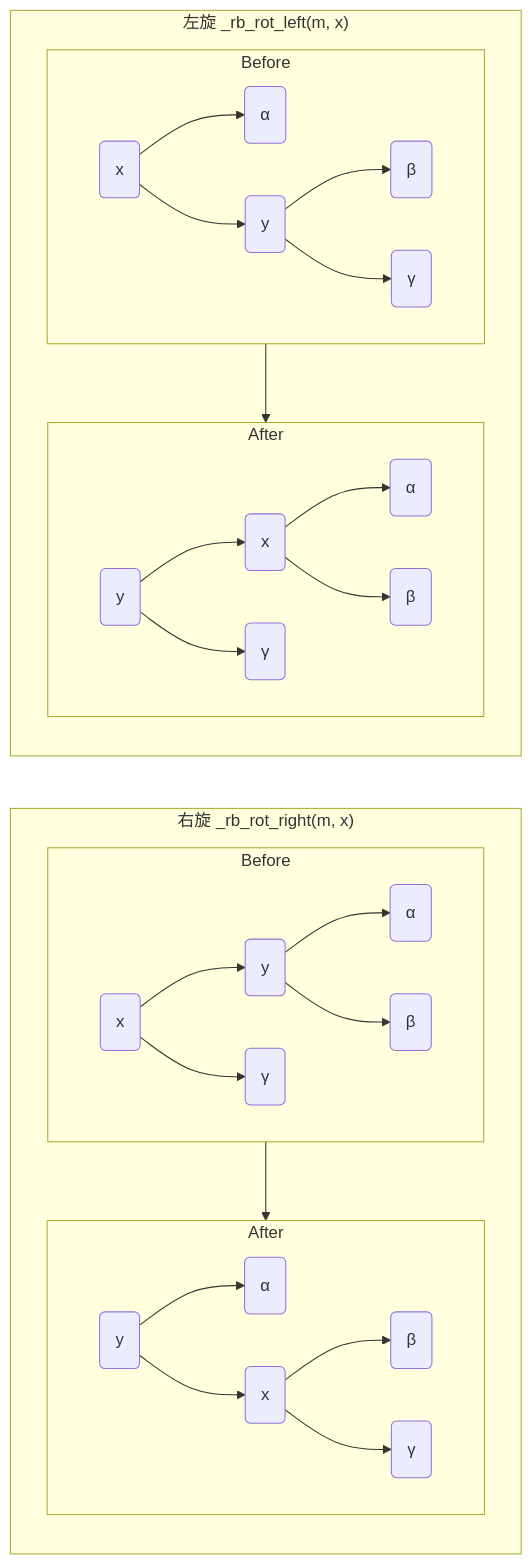
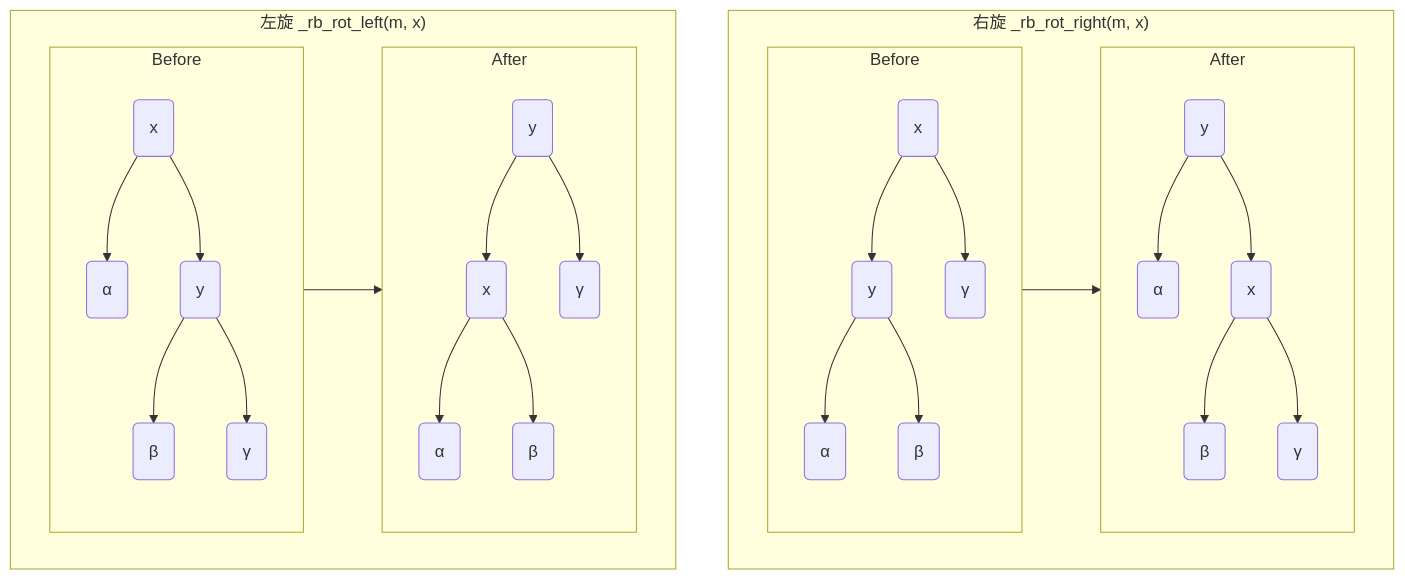
Before and after one commit to CandyMi/ccalg: the second of 14 diagrams in docs/algorithms.md, drawn with Mermaid. The commit also changed other lines of this file, not shown here.

Commit message:
docs: switch rotation mermaid from flowchart LR to graph TD

````diff
--- a/docs/algorithms.md
+++ b/docs/algorithms.md
@@ -46,35 +46,33 @@
 ```mermaid
-flowchart LR
+graph TD
     subgraph 右旋["右旋 _rb_rot_right(m, x)"]
-        direction TB
         subgraph Rbefore["Before"]
             Xr("x") --> Yr("y")
             Xr --> Gr("γ")
             Yr --> Ar("α")
             Yr --> Br("β")
         end
         subgraph Rafter["After"]
             Yr2("y") --> Ar2("α")
             Yr2 --> Xr2("x")
             Xr2 --> Br2("β")
             Xr2 --> Gr2("γ")
         end
         Rbefore --> Rafter
     end
     subgraph 左旋["左旋 _rb_rot_left(m, x)"]
-        direction TB
         subgraph Lbefore["Before"]
             Xl("x") --> Al("α")
             Xl --> Yl("y")
             Yl --> Bl("β")
             Yl --> Gl("γ")
         end
         subgraph Lafter["After"]
             Yl2("y") --> Xl2("x")
             Yl2 --> Gl2("γ")
             Xl2 --> Al2("α")
             Xl2 --> Bl2("β")
         end
         Lbefore --> Lafter
     end
 ```
````
